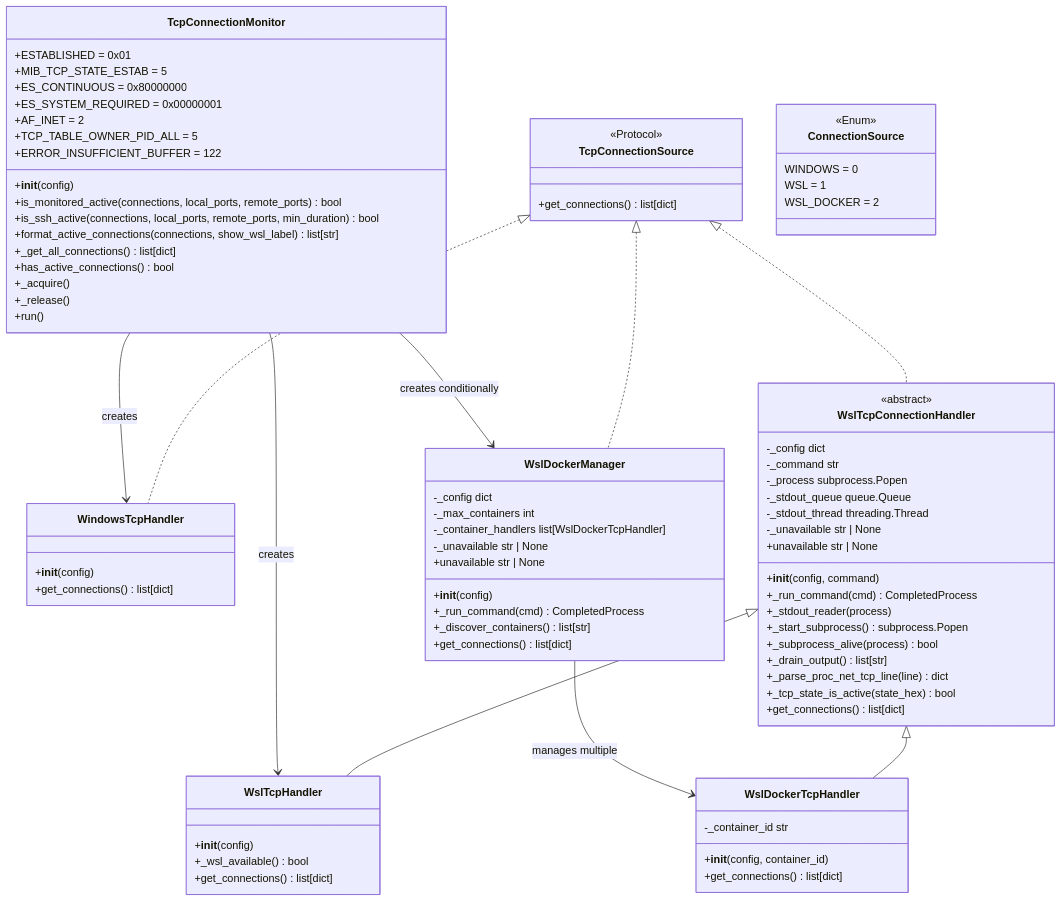
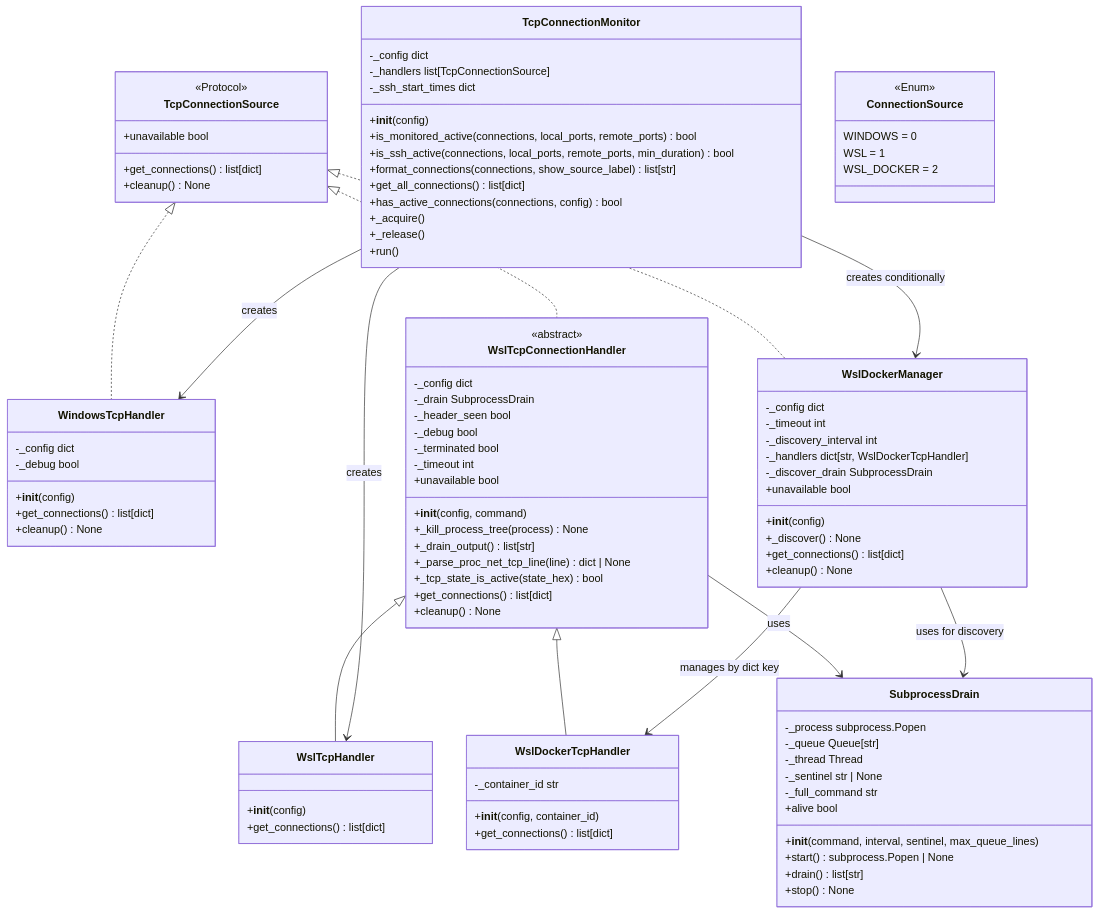
One commit to JonathanKChang/llm_wakelock_windows changed the diagram in docs/class-diagram.md. Above: the diagram before and after it, drawn with Mermaid. The commit also changed other lines of this file and 3 other files, not shown here.

First line of the commit message:
docs: update all diagrams for SubprocessDrain architecture

````diff
--- a/docs/class-diagram.md
+++ b/docs/class-diagram.md
@@ -5,22 +5,33 @@
     class TcpConnectionSource {
         <<Protocol>>
         +get_connections() list[dict]
+        +cleanup() None
+        +unavailable bool
+    }
+
+    class SubprocessDrain {
+        -_process subprocess.Popen
+        -_queue Queue[str]
+        -_thread Thread
+        -_sentinel str | None
+        -_full_command str
+        +__init__(command, interval, sentinel, max_queue_lines)
+        +start() subprocess.Popen | None
+        +drain() list[str]
+        +alive bool
+        +stop() None
     }
 
     class TcpConnectionMonitor {
-        +ESTABLISHED = 0x01
-        +MIB_TCP_STATE_ESTAB = 5
-        +ES_CONTINUOUS = 0x80000000
-        +ES_SYSTEM_REQUIRED = 0x00000001
-        +AF_INET = 2
-        +TCP_TABLE_OWNER_PID_ALL = 5
-        +ERROR_INSUFFICIENT_BUFFER = 122
+        -_config dict
+        -_handlers list[TcpConnectionSource]
+        -_ssh_start_times dict
         +__init__(config)
         +is_monitored_active(connections, local_ports, remote_ports) bool
         +is_ssh_active(connections, local_ports, remote_ports, min_duration) bool
-        +format_active_connections(connections, show_wsl_label) list[str]
-        +_get_all_connections() list[dict]
-        +has_active_connections() bool
+        +format_connections(connections, show_source_label) list[str]
+        +get_all_connections() list[dict]
+        +has_active_connections(connections, config) bool
         +_acquire()
         +_release()
         +run()
@@ -34,33 +45,33 @@
     }
 
     class WindowsTcpHandler {
+        -_config dict
+        -_debug bool
         +__init__(config)
         +get_connections() list[dict]
+        +cleanup() None
     }
 
     class WslTcpConnectionHandler {
         <<abstract>>
         -_config dict
-        -_command str
-        -_process subprocess.Popen
-        -_stdout_queue queue.Queue
-        -_stdout_thread threading.Thread
-        -_unavailable str | None
+        -_drain SubprocessDrain
+        -_header_seen bool
+        -_debug bool
+        -_terminated bool
+        -_timeout int
         +__init__(config, command)
-        +_run_command(cmd) CompletedProcess
-        +_stdout_reader(process)
-        +_start_subprocess() subprocess.Popen
-        +_subprocess_alive(process) bool
+        +_kill_process_tree(process) None
         +_drain_output() list[str]
-        +_parse_proc_net_tcp_line(line) dict
+        +_parse_proc_net_tcp_line(line) dict | None
         +_tcp_state_is_active(state_hex) bool
         +get_connections() list[dict]
-        +unavailable str | None
+        +cleanup() None
+        +unavailable bool
     }
 
     class WslTcpHandler {
         +__init__(config)
-        +_wsl_available() bool
         +get_connections() list[dict]
     }
 
@@ -72,14 +83,15 @@
 
     class WslDockerManager {
         -_config dict
-        -_max_containers int
-        -_container_handlers list[WslDockerTcpHandler]
-        -_unavailable str | None
+        -_timeout int
+        -_discovery_interval int
+        -_handlers dict[str, WslDockerTcpHandler]
+        -_discover_drain SubprocessDrain
         +__init__(config)
-        +_run_command(cmd) CompletedProcess
-        +_discover_containers() list[str]
+        +_discover() None
         +get_connections() list[dict]
-        +unavailable str | None
+        +cleanup() None
+        +unavailable bool
     }
 
     TcpConnectionSource <|.. WindowsTcpHandler
@@ -89,9 +101,12 @@
     WslTcpConnectionHandler <|-- WslTcpHandler
     WslTcpConnectionHandler <|-- WslDockerTcpHandler
 
+    WslTcpConnectionHandler --> SubprocessDrain : uses
+    WslDockerManager --> SubprocessDrain : uses for discovery
+
     TcpConnectionMonitor --> WindowsTcpHandler : creates
     TcpConnectionMonitor --> WslTcpHandler : creates
     TcpConnectionMonitor --> WslDockerManager : creates conditionally
 
-    WslDockerManager --> WslDockerTcpHandler : manages multiple
+    WslDockerManager --> WslDockerTcpHandler : manages by dict key
 ```
````
